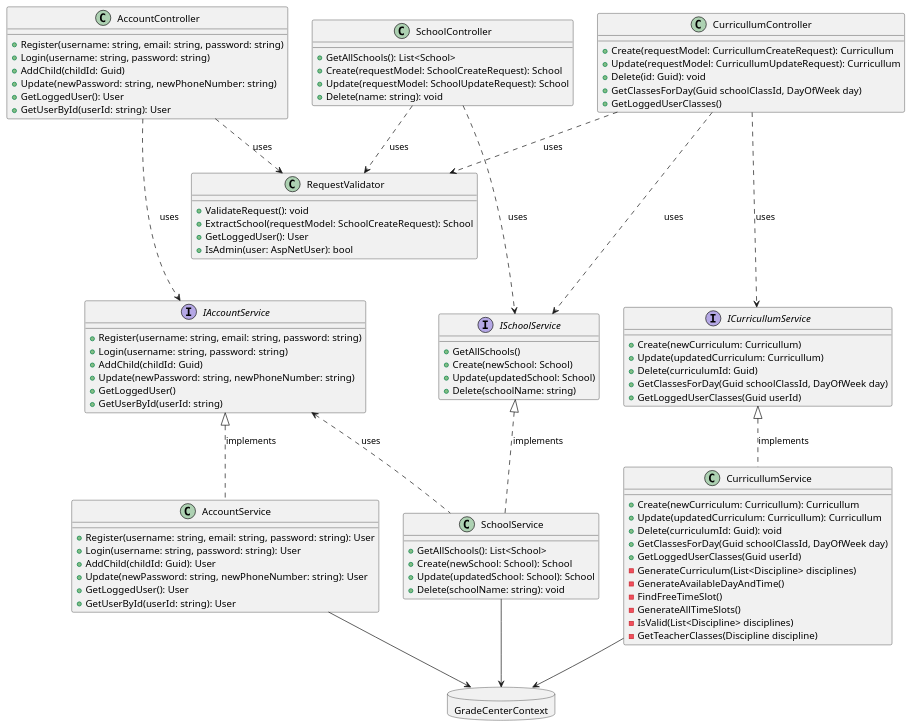
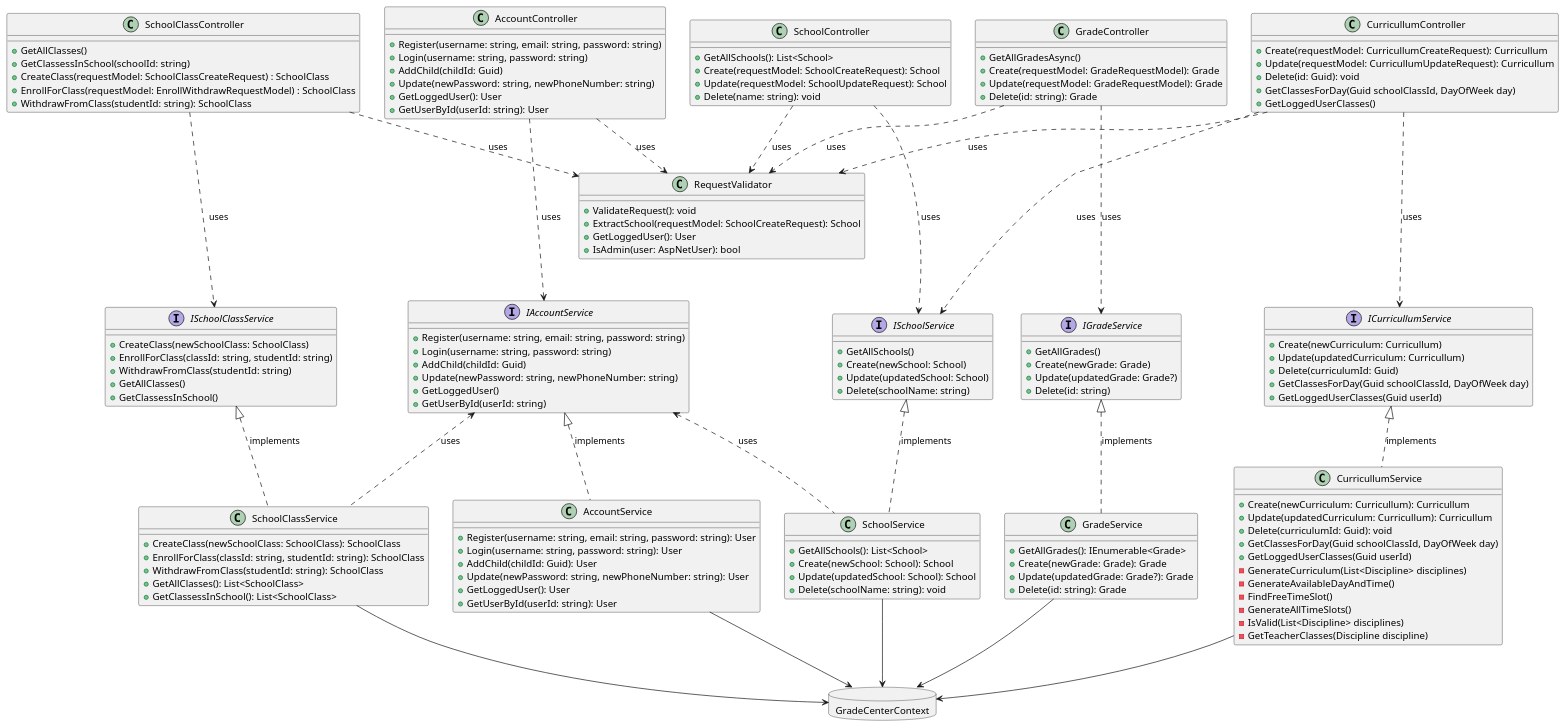
Before and after one commit to ivann9963/GradeCenter: the diagram in api_design.puml, drawn with PlantUML.

Commit message:
GRAD-57: Update API design PlantUml

```diff
--- a/api_design.puml
+++ b/api_design.puml
@@ -1,110 +1,165 @@
 @startuml
 
 class AccountController {
     + Register(username: string, email: string, password: string)
     + Login(username: string, password: string)
     + AddChild(childId: Guid)
     + Update(newPassword: string, newPhoneNumber: string)
     + GetLoggedUser(): User
     + GetUserById(userId: string): User
 }
 
 class AccountService {
     + Register(username: string, email: string, password: string): User
     + Login(username: string, password: string): User
     + AddChild(childId: Guid): User
     + Update(newPassword: string, newPhoneNumber: string): User
     + GetLoggedUser(): User
     + GetUserById(userId: string): User
 }
 
 interface IAccountService {
     + Register(username: string, email: string, password: string)
     + Login(username: string, password: string)
     + AddChild(childId: Guid)
     + Update(newPassword: string, newPhoneNumber: string)
     + GetLoggedUser()
     + GetUserById(userId: string)
 }
 
 class SchoolController {
     + GetAllSchools(): List<School>
     + Create(requestModel: SchoolCreateRequest): School
     + Update(requestModel: SchoolUpdateRequest): School
     + Delete(name: string): void
 }
 
 class SchoolService {
     + GetAllSchools(): List<School>
     + Create(newSchool: School): School
     + Update(updatedSchool: School): School
     + Delete(schoolName: string): void
 }
 
 interface ISchoolService {
     + GetAllSchools()
     + Create(newSchool: School)
     + Update(updatedSchool: School)
     + Delete(schoolName: string)
 }
 
 class CurricullumController {
     + Create(requestModel: CurricullumCreateRequest): Curricullum
     + Update(requestModel: CurricullumUpdateRequest): Curricullum
     + Delete(id: Guid): void
     + GetClassesForDay(Guid schoolClassId, DayOfWeek day)
     + GetLoggedUserClasses()
 }
 
+class SchoolClassController {
+    + GetAllClasses()
+    + GetClassessInSchool(schoolId: string)
+    + CreateClass(requestModel: SchoolClassCreateRequest) : SchoolClass
+    + EnrollForClass(requestModel: EnrollWithdrawRequestModel) : SchoolClass
+    + WithdrawFromClass(studentId: string): SchoolClass
+}
+
+class SchoolClassService {
+    + CreateClass(newSchoolClass: SchoolClass): SchoolClass
+    + EnrollForClass(classId: string, studentId: string): SchoolClass
+    + WithdrawFromClass(studentId: string): SchoolClass
+    + GetAllClasses(): List<SchoolClass>
+    + GetClassessInSchool(): List<SchoolClass>
+}
+
+interface ISchoolClassService{
+    + CreateClass(newSchoolClass: SchoolClass)
+    + EnrollForClass(classId: string, studentId: string)
+    + WithdrawFromClass(studentId: string)
+    + GetAllClasses()
+    + GetClassessInSchool()
+}
+
+class GradeController {
+    + GetAllGradesAsync()
+    + Create(requestModel: GradeRequestModel): Grade
+    + Update(requestModel: GradeRequestModel): Grade
+    + Delete(id: string): Grade
+}
+
+class GradeService {
+   + GetAllGrades(): IEnumerable<Grade>
+   + Create(newGrade: Grade): Grade
+   + Update(updatedGrade: Grade?): Grade
+   + Delete(id: string): Grade
+}
+
+interface IGradeService{
+   + GetAllGrades()
+   + Create(newGrade: Grade)
+   + Update(updatedGrade: Grade?)
+   + Delete(id: string)
+}
+
 class CurricullumService {
     + Create(newCurriculum: Curricullum): Curricullum
     + Update(updatedCurriculum: Curricullum): Curricullum
     + Delete(curriculumId: Guid): void
     + GetClassesForDay(Guid schoolClassId, DayOfWeek day)
     + GetLoggedUserClasses(Guid userId)
     - GenerateCurriculum(List<Discipline> disciplines)
     - GenerateAvailableDayAndTime()
     - FindFreeTimeSlot()
     - GenerateAllTimeSlots()
     - IsValid(List<Discipline> disciplines)
     - GetTeacherClasses(Discipline discipline)
 }
 
 interface ICurricullumService {
     + Create(newCurriculum: Curricullum)
     + Update(updatedCurriculum: Curricullum)
     + Delete(curriculumId: Guid)
     + GetClassesForDay(Guid schoolClassId, DayOfWeek day)
     + GetLoggedUserClasses(Guid userId)
 }
 
 database GradeCenterContext {
 
 }
 
 class RequestValidator {
     + ValidateRequest(): void
     + ExtractSchool(requestModel: SchoolCreateRequest): School
     + GetLoggedUser(): User
     + IsAdmin(user: AspNetUser): bool
 }
 
 AccountController ...> IAccountService : uses
 SchoolController ...> ISchoolService : uses
+SchoolClassController ...> ISchoolClassService: uses
+GradeController ...> IGradeService: uses
 CurricullumController ...> ICurricullumService : uses
 CurricullumController ...> ISchoolService : uses
 
 AccountController .> RequestValidator : uses
 SchoolController ..> RequestValidator : uses
+GradeController ..> RequestValidator: uses
+SchoolClassController ..> RequestValidator: uses
 CurricullumController ..> RequestValidator : uses
 
 IAccountService <|.. AccountService : implements
 ISchoolService <|.. SchoolService : implements
 ICurricullumService <|.. CurricullumService : implements
+ISchoolClassService <|.. SchoolClassService: implements
+IGradeService <|.. GradeService: implements
+
 
 AccountService --> GradeCenterContext
 SchoolService --> GradeCenterContext
 CurricullumService --> GradeCenterContext
+SchoolClassService --> GradeCenterContext
+GradeService --> GradeCenterContext
 
 IAccountService <.. SchoolService : uses
+IAccountService <.. SchoolClassService : uses
 @enduml
```
